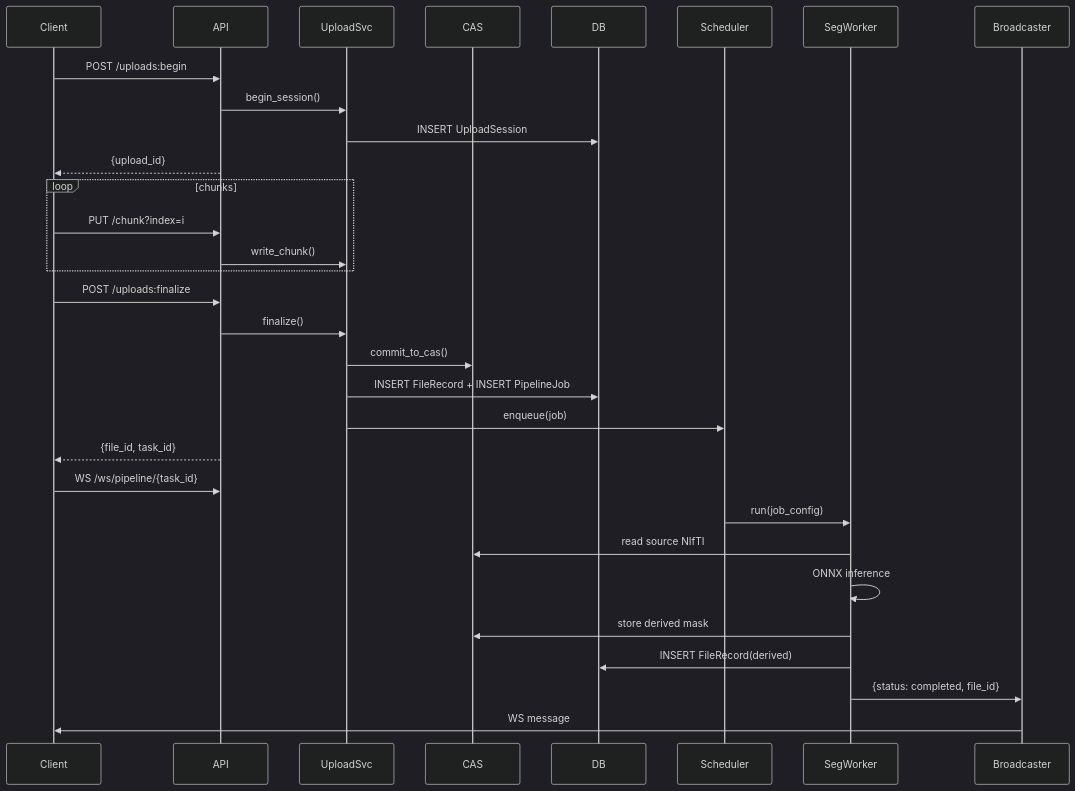
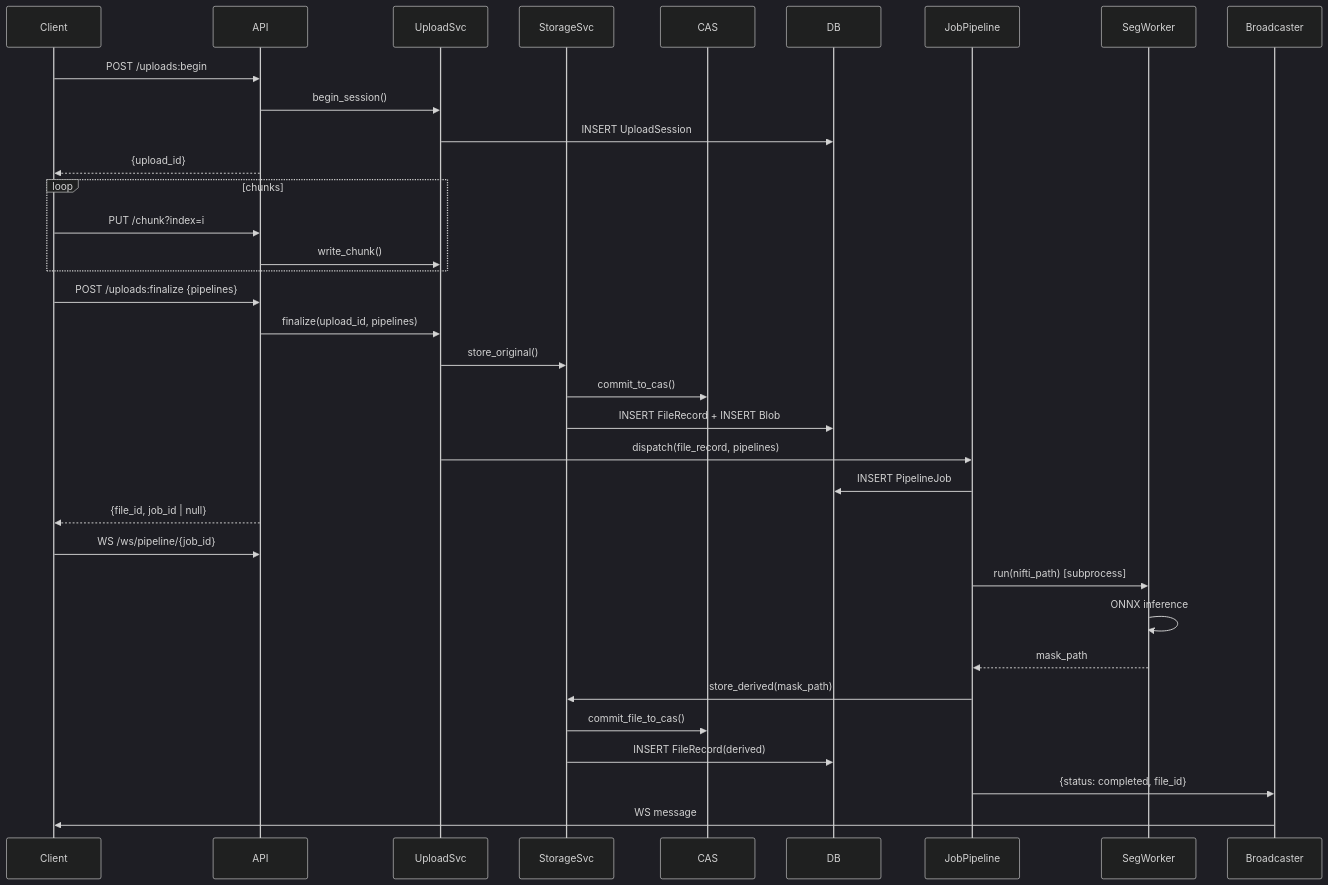
One commit to pFornagiel/toothviz changed the third of 5 diagrams in plans/architecture_reference.md. Above: the diagram before and after it, drawn with Mermaid (dark theme). The commit also changed other lines of this file and 5 other files, not shown here.

````diff
--- a/plans/architecture_reference.md
+++ b/plans/architecture_reference.md
@@ -384,38 +584,42 @@
 ```mermaid
 sequenceDiagram
     participant Client
     participant API
     participant UploadSvc
+    participant StorageSvc
     participant CAS
     participant DB
-    participant Scheduler
+    participant JobPipeline
     participant SegWorker
     participant Broadcaster
     
     Client->>API: POST /uploads:begin
     API->>UploadSvc: begin_session()
     UploadSvc->>DB: INSERT UploadSession
     API-->>Client: {upload_id}
     
     loop chunks
         Client->>API: PUT /chunk?index=i
         API->>UploadSvc: write_chunk()
     end
     
-    Client->>API: POST /uploads:finalize
-    API->>UploadSvc: finalize()
-    UploadSvc->>CAS: commit_to_cas()
-    UploadSvc->>DB: INSERT FileRecord + INSERT PipelineJob
-    UploadSvc->>Scheduler: enqueue(job)
-    API-->>Client: {file_id, task_id}
+    Client->>API: POST /uploads:finalize {pipelines}
+    API->>UploadSvc: finalize(upload_id, pipelines)
+    UploadSvc->>StorageSvc: store_original()
+    StorageSvc->>CAS: commit_to_cas()
+    StorageSvc->>DB: INSERT FileRecord + INSERT Blob
+    UploadSvc->>JobPipeline: dispatch(file_record, pipelines)
+    JobPipeline->>DB: INSERT PipelineJob
+    API-->>Client: {file_id, job_id | null}
     
-    Client->>API: WS /ws/pipeline/{task_id}
+    Client->>API: WS /ws/pipeline/{job_id}
     
-    Scheduler->>SegWorker: run(job_config)
-    SegWorker->>CAS: read source NIfTI
+    JobPipeline->>SegWorker: run(nifti_path) [subprocess]
     SegWorker->>SegWorker: ONNX inference
-    SegWorker->>CAS: store derived mask
-    SegWorker->>DB: INSERT FileRecord(derived)
-    SegWorker->>Broadcaster: {status: completed, file_id}
+    SegWorker-->>JobPipeline: mask_path
+    JobPipeline->>StorageSvc: store_derived(mask_path)
+    StorageSvc->>CAS: commit_file_to_cas()
+    StorageSvc->>DB: INSERT FileRecord(derived)
+    JobPipeline->>Broadcaster: {status: completed, file_id}
     Broadcaster->>Client: WS message
 ```
````
